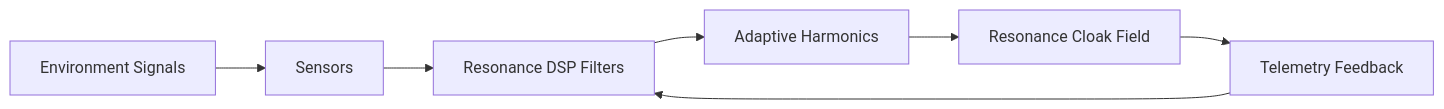
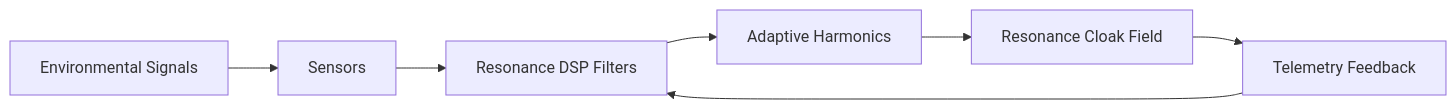
Before and after one commit to S1ngularD2ality/eidonic-language-elol: the second of 2 diagrams in docs/ekrps/vyracyn/README.md, drawn with Mermaid. The commit also changed other lines of this file, not shown here.

````diff
--- a/docs/ekrps/vyracyn/README.md
+++ b/docs/ekrps/vyracyn/README.md
@@ -130,9 +144,9 @@
 ```mermaid
 flowchart LR
-Env[Environment Signals] --> Sense[Sensors]
+Env[Environmental Signals] --> Sense[Sensors]
 Sense --> DSP[Resonance DSP Filters]
 DSP --> Harmonize[Adaptive Harmonics]
 Harmonize --> Cloak[Resonance Cloak Field]
 Cloak --> Feedback[Telemetry Feedback]
 Feedback --> DSP
 ```
````
